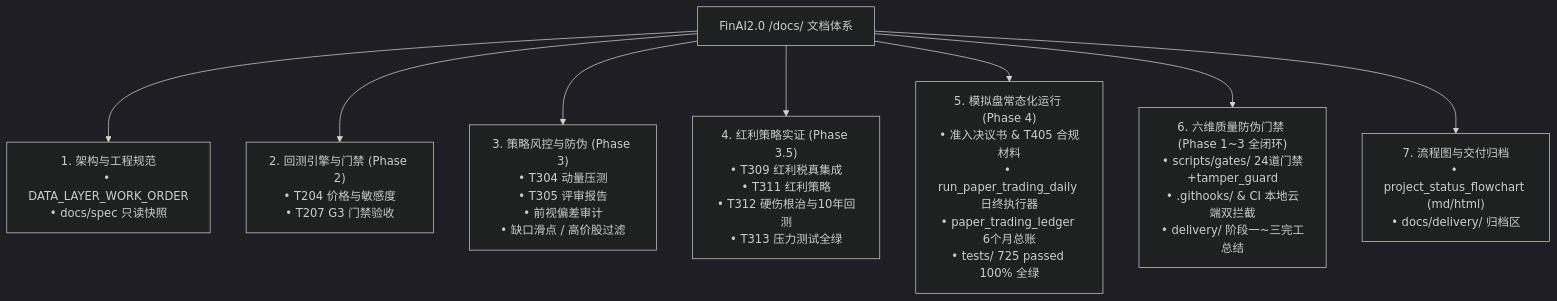
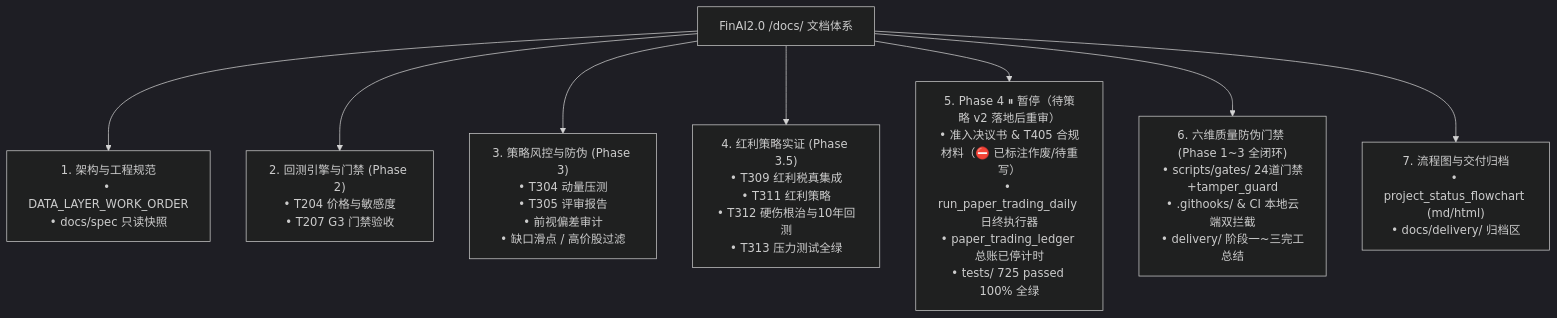
Before and after one commit to YZml1507/FinAI2.0: the diagram in docs/README.md, drawn with Mermaid (dark theme). The commit also changed other lines of this file and 16 other files, not shown here.

````diff
--- a/docs/README.md
+++ b/docs/README.md
@@ -11,12 +13,12 @@
 ```mermaid
 flowchart TD
   DOCS["FinAI2.0 /docs/ 文档体系"]
   
   DOCS --> D1["1. 架构与工程规范<br/>• DATA_LAYER_WORK_ORDER<br/>• docs/spec 只读快照"]
   DOCS --> D2["2. 回测引擎与门禁 (Phase 2)<br/>• T204 价格与敏感度<br/>• T207 G3 门禁验收"]
   DOCS --> D3["3. 策略风控与防伪 (Phase 3)<br/>• T304 动量压测<br/>• T305 评审报告<br/>• 前视偏差审计<br/>• 缺口滑点 / 高价股过滤"]
   DOCS --> D4["4. 红利策略实证 (Phase 3.5)<br/>• T309 红利税真集成<br/>• T311 红利策略<br/>• T312 硬伤根治与10年回测<br/>• T313 压力测试全绿"]
-  DOCS --> D5["5. 模拟盘常态化运行 (Phase 4)<br/>• 准入决议书 & T405 合规材料<br/>• run_paper_trading_daily 日终执行器<br/>• paper_trading_ledger 6个月总账<br/>• tests/ 725 passed 100% 全绿"]
+  DOCS --> D5["5. Phase 4 ⏸ 暂停（待策略 v2 落地后重审）<br/>• 准入决议书 & T405 合规材料（⛔ 已标注作废/待重写）<br/>• run_paper_trading_daily 日终执行器<br/>• paper_trading_ledger 总账已停计时<br/>• tests/ 725 passed 100% 全绿"]
   DOCS --> D6["6. 六维质量防伪门禁 (Phase 1~3 全闭环)<br/>• scripts/gates/ 24道门禁+tamper_guard<br/>• .githooks/ & CI 本地云端双拦截<br/>• delivery/ 阶段一~三完工总结"]
   DOCS --> D7["7. 流程图与交付归档<br/>• project_status_flowchart (md/html)<br/>• docs/delivery/ 归档区"]
 ```
````
